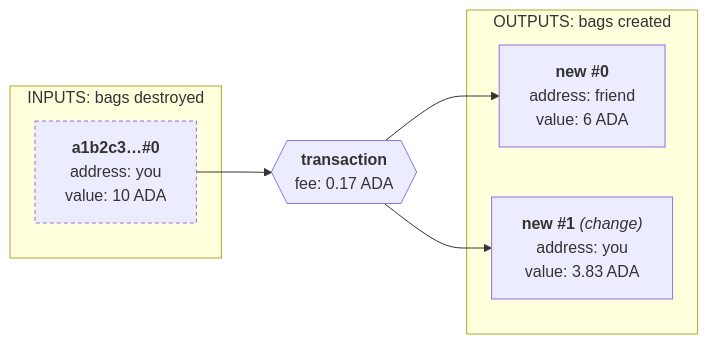
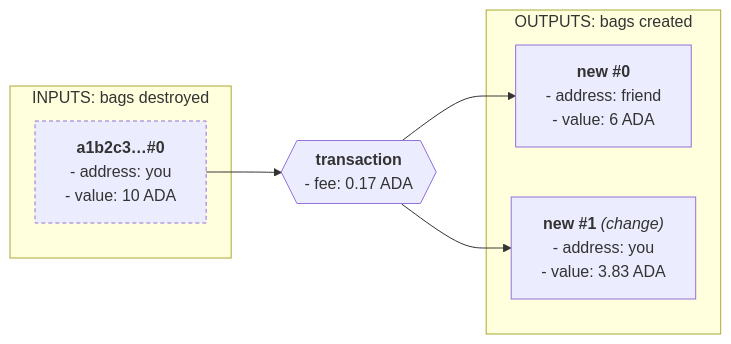
The first of 3 diagrams in docs/developers/onboarding/lectures/beginner/2-utxos-and-transactions.md (cardano-foundation/developer-portal), drawn with Mermaid before and after one commit. The commit also changed 8 other files, not shown here.

````diff
--- a/docs/developers/onboarding/lectures/beginner/2-utxos-and-transactions.md
+++ b/docs/developers/onboarding/lectures/beginner/2-utxos-and-transactions.md
@@ -30,25 +30,25 @@
 ```mermaid
 flowchart LR
     subgraph IN["INPUTS: bags destroyed"]
         I["`**a1b2c3…#0**
-        address: you
-        value: 10 ADA`"]
+        - address: you
+        - value: 10 ADA`"]
     end
 
     TX{{"`**transaction**
-    fee: 0.17 ADA`"}}
+    - fee: 0.17 ADA`"}}
 
     subgraph OUT["OUTPUTS: bags created"]
         O1["`**new #0**
-        address: friend
-        value: 6 ADA`"]
+        - address: friend
+        - value: 6 ADA`"]
         O2["`**new #1** _(change)_
-        address: you
-        value: 3.83 ADA`"]
+        - address: you
+        - value: 3.83 ADA`"]
     end
 
     I --> TX --> O1
     TX --> O2
 
     style I stroke-dasharray:4 3
 ```
````
